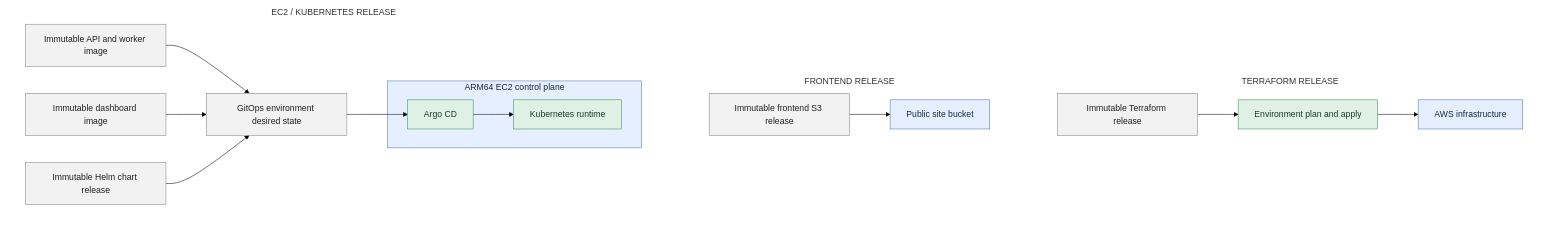
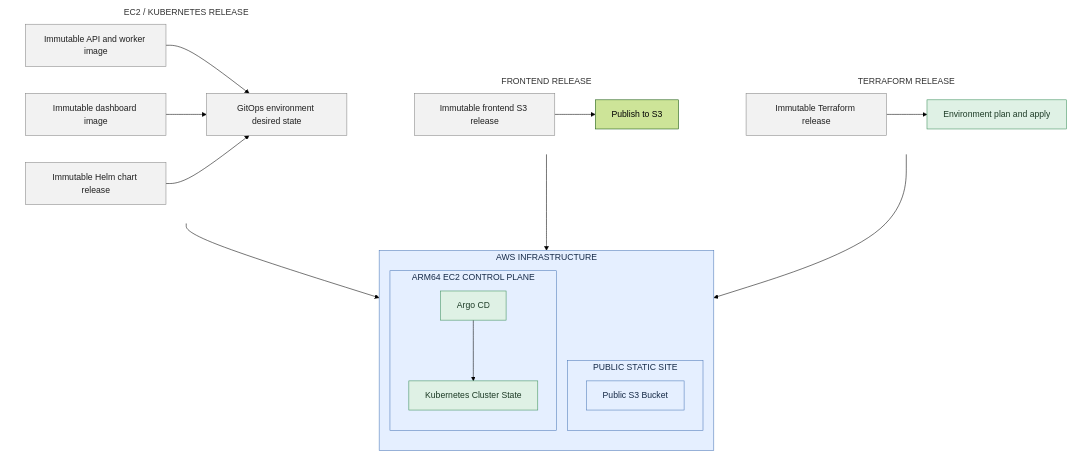
The third of 3 diagrams in docs/ci-cd.md (winrates-gg/wrgg-public-documentation), drawn with Mermaid (forest theme) before and after one commit.

Commit message:
More rendering experiments

````diff
--- a/docs/ci-cd.md
+++ b/docs/ci-cd.md
@@ -102,38 +102,52 @@
 ```mermaid
 flowchart TB
     subgraph TerraformLane["TERRAFORM RELEASE"]
         direction LR
-        TerraformArtifact["Immutable Terraform release"] --> TerraformApply["Environment plan and apply"] --> AWSInfra["AWS infrastructure"]
+        TerraformArtifact["Immutable Terraform release"] --> TerraformApply["Environment plan and apply"]
     end
 
     subgraph FrontendLane["FRONTEND RELEASE"]
         direction LR
-        FrontendArtifact["Immutable frontend S3 release"] --> SiteBucket["Public site bucket"]
+        FrontendArtifact["Immutable frontend S3 release"] --> FrontendPublish["Publish to S3"]
     end
 
     subgraph RuntimeLane["EC2 / KUBERNETES RELEASE"]
         direction LR
         BackendArtifact["Immutable API and worker image"] --> Desired["GitOps environment desired state"]
         DashboardArtifact["Immutable dashboard image"] --> Desired
         ChartArtifact["Immutable Helm chart release"] --> Desired
-        Desired --> Argo["Argo CD"]
+    end
 
-        subgraph ControlPlane["ARM64 EC2 control plane"]
-            Argo --> Runtime["Kubernetes runtime"]
+    subgraph AWSInfra["AWS INFRASTRUCTURE"]
+        direction TB
+
+        subgraph PublicSite["PUBLIC STATIC SITE"]
+            SiteBucket["Public S3 Bucket"]
+        end
+
+        subgraph ControlPlane["ARM64 EC2 CONTROL PLANE"]
+            Argo["Argo CD"] --> Runtime["Kubernetes Cluster State"]
         end
     end
+
+    TerraformApply --> AWSInfra
+    FrontendPublish --> SiteBucket
+    Desired --> Argo
 
     classDef release fill:#f2f2f2,stroke:#858585,color:#202020
     classDef delivery fill:#dff1e5,stroke:#3b8f5a,color:#1d3b26
     classDef aws fill:#e5efff,stroke:#4c78b8,color:#162a47
     classDef neutral fill:#f2f2f2,stroke:#858585,color:#202020
 
     class TerraformArtifact,FrontendArtifact,BackendArtifact,DashboardArtifact,ChartArtifact release
     class TerraformApply delivery
-    class AWSInfra,SiteBucket,ControlPlane aws
+    class SiteBucket,ControlPlane aws
     class Argo,Runtime delivery
     class Desired neutral
     style TerraformLane fill:none,stroke:none
     style FrontendLane fill:none,stroke:none
     style RuntimeLane fill:none,stroke:none
+    style AWSInfra fill:#e5efff,stroke:#4c78b8,color:#162a47
+    style PublicSite fill:#e5efff,stroke:#4c78b8,color:#162a47
+    style ControlPlane fill:#e5efff,stroke:#4c78b8,color:#162a47
 ```
````
